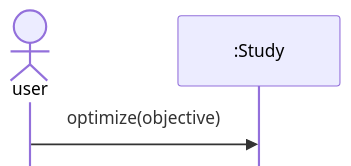
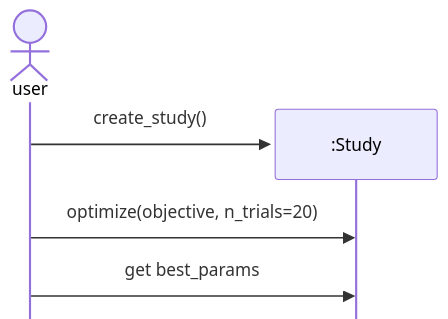
Before and after one commit to miwehle/rl_lab: the diagram in hpo/design.md, drawn with Mermaid. The commit also changed other lines of this file, not shown here.

````diff
--- a/hpo/design.md
+++ b/hpo/design.md
@@ -12,8 +14,10 @@
 ```mermaid
 %%{init: {"sequence": {"mirrorActors": false}}}%%
 sequenceDiagram
     actor user
-    participant study as :Study
+    create participant study as :Study
 
-    user->>study: optimize(objective)
+    user->>study: create_study()
+    user->>study: optimize(objective, n_trials=20)
+    user->>study: get best_params
 ```
````
